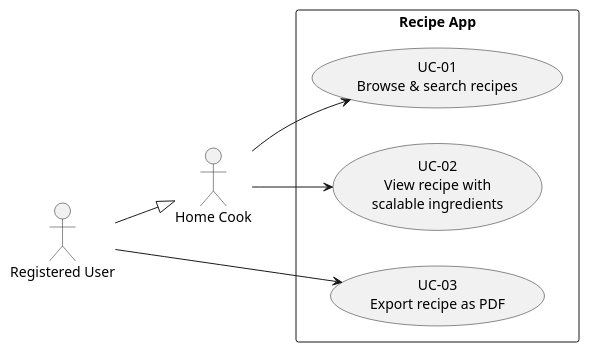
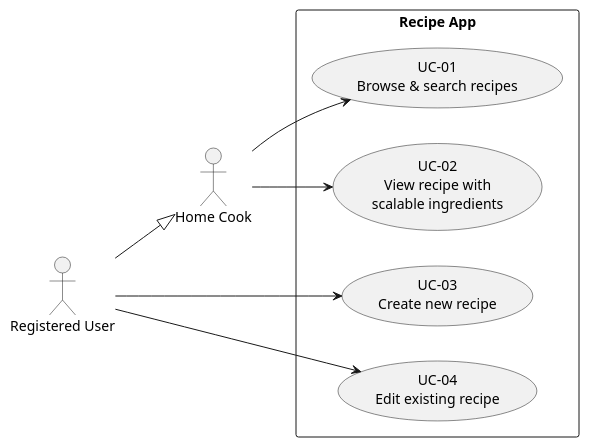
Before and after one commit to thomasprade/thro-sqs-2026: the diagram in docs/arc42/01_introduction_and_goals.md, drawn with PlantUML. The commit also changed other lines of this file, not shown here.

Commit message:
docs: add/edit requirements

````diff
--- a/docs/arc42/01_introduction_and_goals.md
+++ b/docs/arc42/01_introduction_and_goals.md
@@ -16,21 +17,23 @@
 ```puml
 @startuml
 left to right direction
 skinparam packageStyle rectangle
 
 actor "Home Cook" as user
 actor "Registered User" as registered
 
 rectangle "Recipe App" {
   usecase "UC-01\nBrowse & search recipes" as UC1
   usecase "UC-02\nView recipe with\nscalable ingredients" as UC2
-  usecase "UC-03\nExport recipe as PDF" as UC3
+  usecase "UC-03\nCreate new recipe" as UC3
+  usecase "UC-04\nEdit existing recipe" as UC4
 }
 
 registered --|> user
 
 user --> UC1
 user --> UC2
 registered --> UC3
+registered --> UC4
 @enduml
 ```
````
